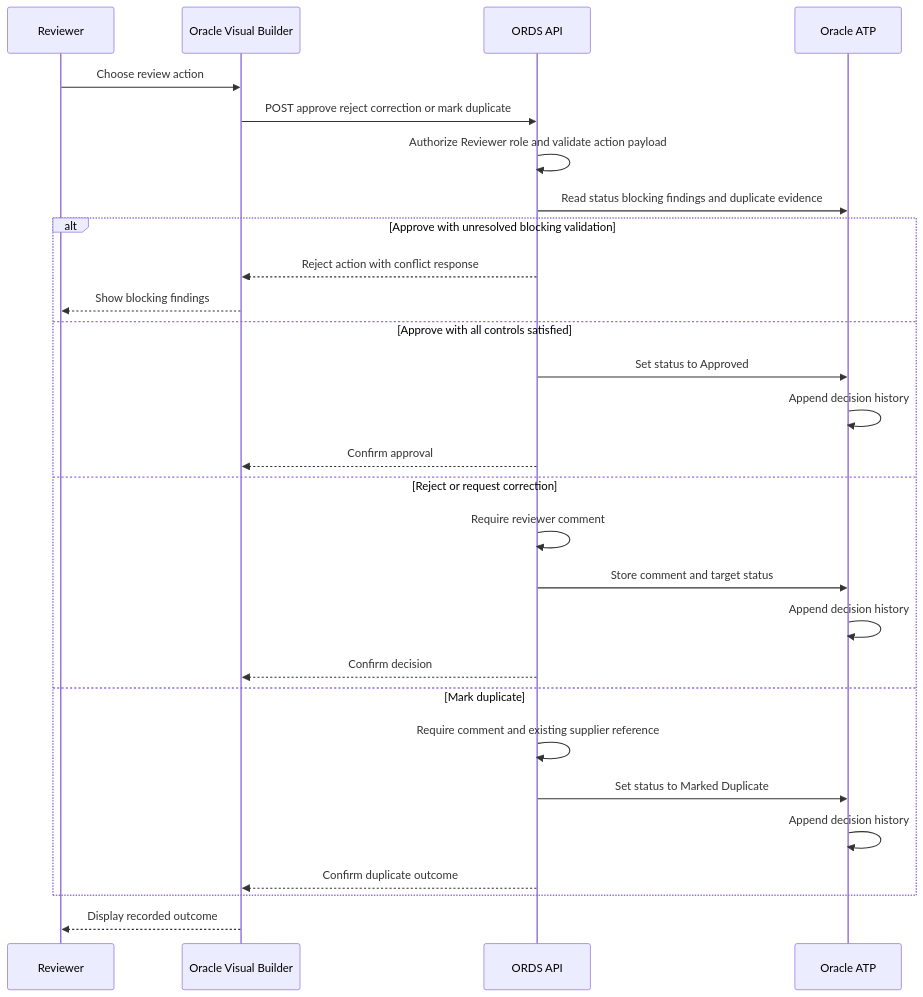
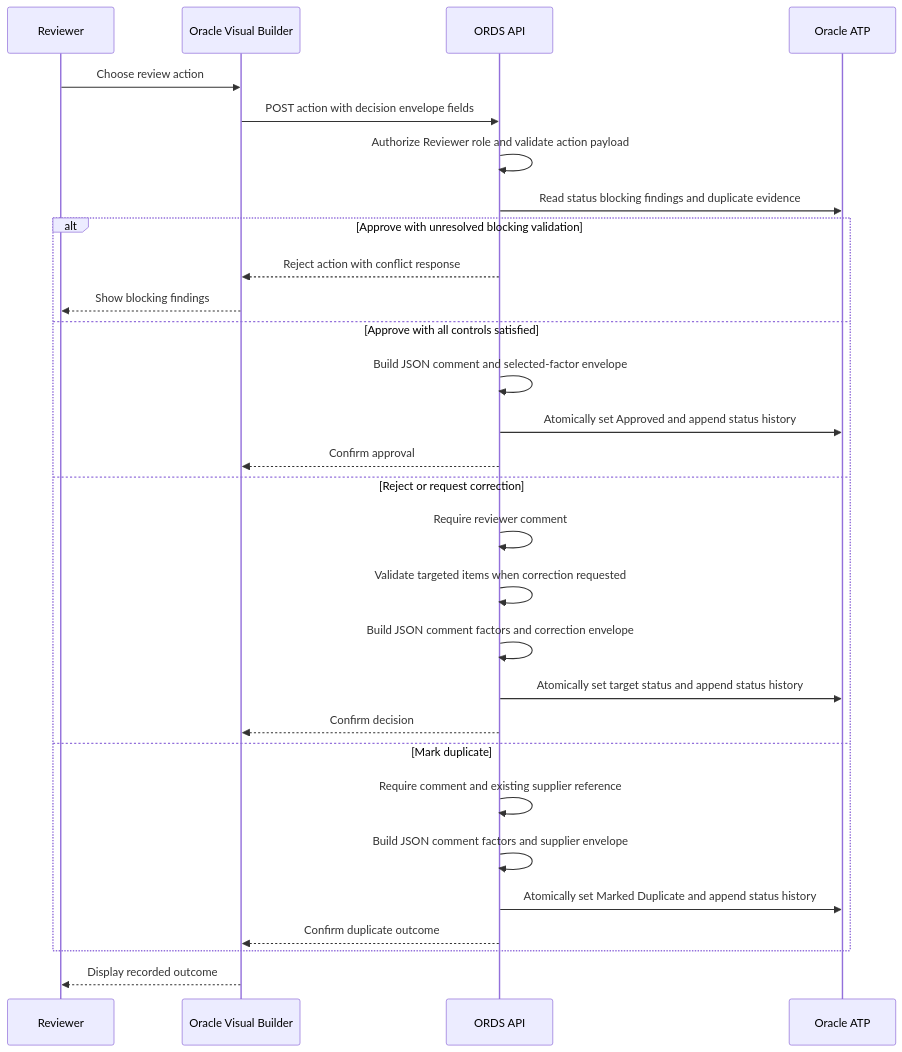
Before and after one commit to abdullahsohaill/erp-supplier-onboarding: the seventh of 14 diagrams in aidlc-docs/inception/user-stories/sequence-diagrams.md, drawn with Mermaid. The commit also changed other lines of this file and 6 other files, not shown here.

Commit message:
Align requirements and stories with finalized schema

````diff
--- a/aidlc-docs/inception/user-stories/sequence-diagrams.md
+++ b/aidlc-docs/inception/user-stories/sequence-diagrams.md
@@ -190,30 +197,31 @@
 ```mermaid
 sequenceDiagram
     participant Reviewer
     participant VB as Oracle Visual Builder
     participant ORDS as ORDS API
     participant ATP as Oracle ATP
     Reviewer->>VB: Choose review action
-    VB->>ORDS: POST approve reject correction or mark duplicate
+    VB->>ORDS: POST action with decision envelope fields
     ORDS->>ORDS: Authorize Reviewer role and validate action payload
     ORDS->>ATP: Read status blocking findings and duplicate evidence
     alt Approve with unresolved blocking validation
         ORDS-->>VB: Reject action with conflict response
         VB-->>Reviewer: Show blocking findings
     else Approve with all controls satisfied
-        ORDS->>ATP: Set status to Approved
-        ATP->>ATP: Append decision history
+        ORDS->>ORDS: Build JSON comment and selected-factor envelope
+        ORDS->>ATP: Atomically set Approved and append status history
         ORDS-->>VB: Confirm approval
     else Reject or request correction
         ORDS->>ORDS: Require reviewer comment
-        ORDS->>ATP: Store comment and target status
-        ATP->>ATP: Append decision history
+        ORDS->>ORDS: Validate targeted items when correction requested
+        ORDS->>ORDS: Build JSON comment factors and correction envelope
+        ORDS->>ATP: Atomically set target status and append status history
         ORDS-->>VB: Confirm decision
     else Mark duplicate
         ORDS->>ORDS: Require comment and existing supplier reference
-        ORDS->>ATP: Set status to Marked Duplicate
-        ATP->>ATP: Append decision history
+        ORDS->>ORDS: Build JSON comment factors and supplier envelope
+        ORDS->>ATP: Atomically set Marked Duplicate and append status history
         ORDS-->>VB: Confirm duplicate outcome
     end
     VB-->>Reviewer: Display recorded outcome
 ```
````
